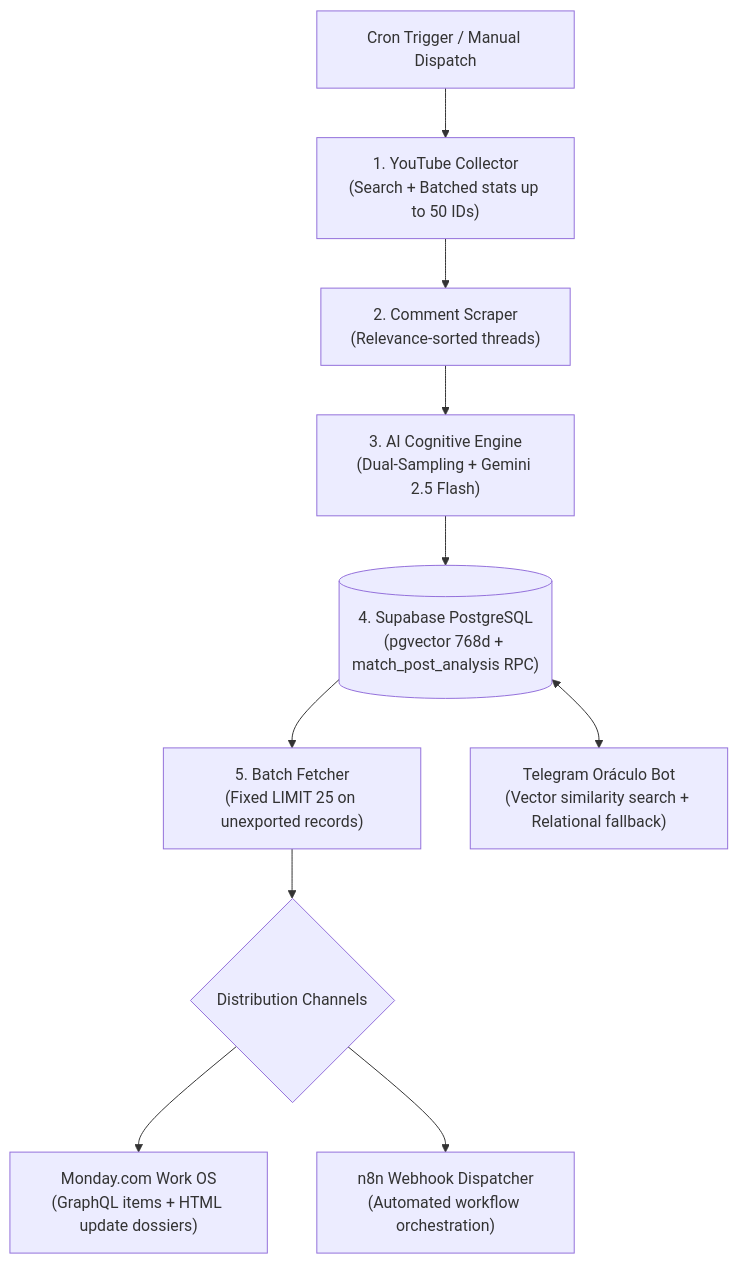
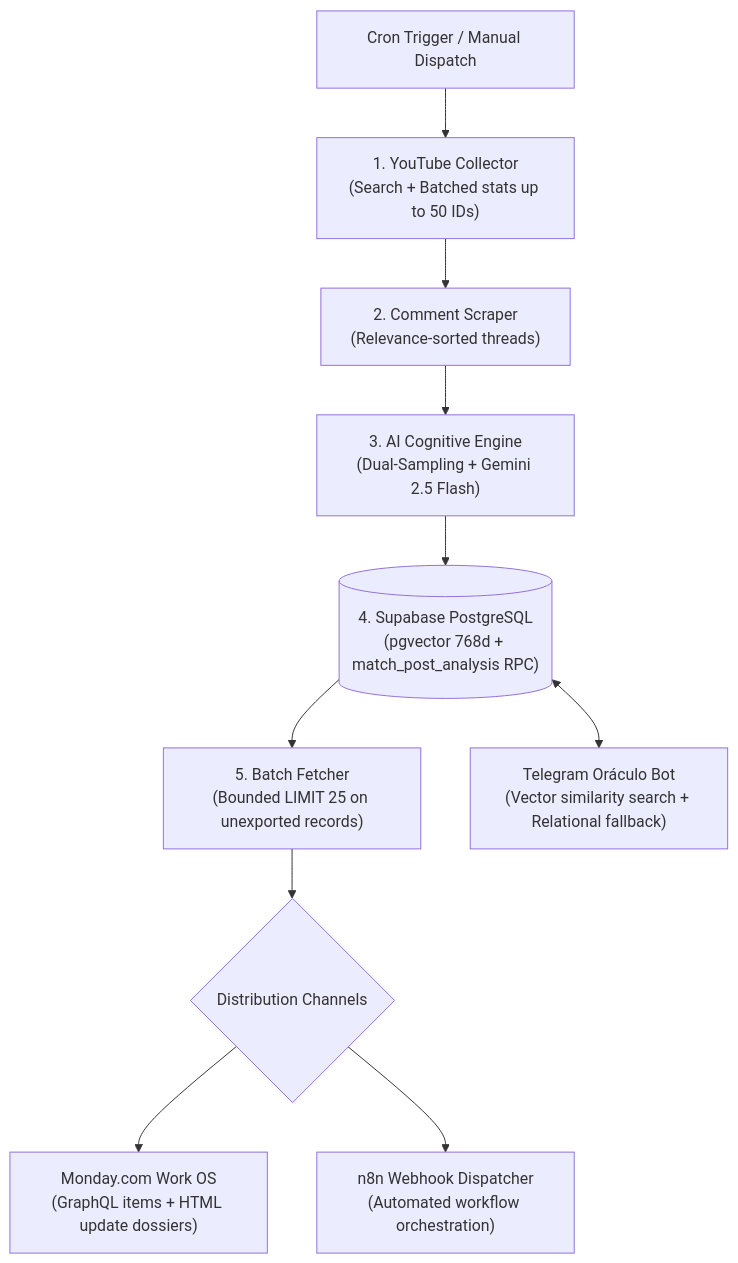
The diagram in README.md (jraphaelcunha/trend-intelligence-engine), drawn with Mermaid before and after one commit. The commit also changed other lines of this file and 1 other file, not shown here.

Commit message:
docs: align schema validation scope, batch record limits, and CI baseline description

````diff
--- a/README.md
+++ b/README.md
@@ -44,12 +44,12 @@
 ```mermaid
 flowchart TD
     Cron["Cron Trigger / Manual Dispatch"] --> Collector["1. YouTube Collector\n(Search + Batched stats up to 50 IDs)"]
     Collector --> Scraper["2. Comment Scraper\n(Relevance-sorted threads)"]
     Scraper --> Analyzer["3. AI Cognitive Engine\n(Dual-Sampling + Gemini 2.5 Flash)"]
     Analyzer --> Supabase[("4. Supabase PostgreSQL\n(pgvector 768d + match_post_analysis RPC)")]
-    Supabase --> Fetcher["5. Batch Fetcher\n(Fixed LIMIT 25 on unexported records)"]
+    Supabase --> Fetcher["5. Batch Fetcher\n(Bounded LIMIT 25 on unexported records)"]
     Fetcher --> Distribution{"Distribution Channels"}
     Distribution --> Monday["Monday.com Work OS\n(GraphQL items + HTML update dossiers)"]
     Distribution --> N8N["n8n Webhook Dispatcher\n(Automated workflow orchestration)"]
     Supabase <--> Telegram["Telegram Oráculo Bot\n(Vector similarity search + Relational fallback)"]
 ```
````
